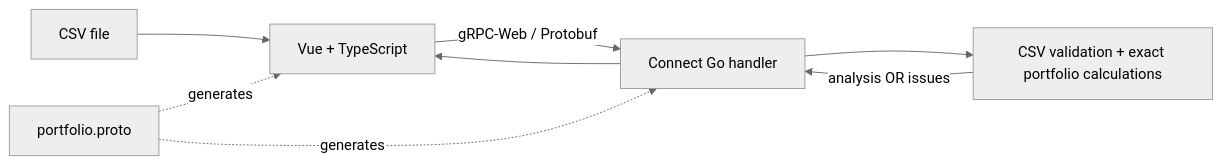
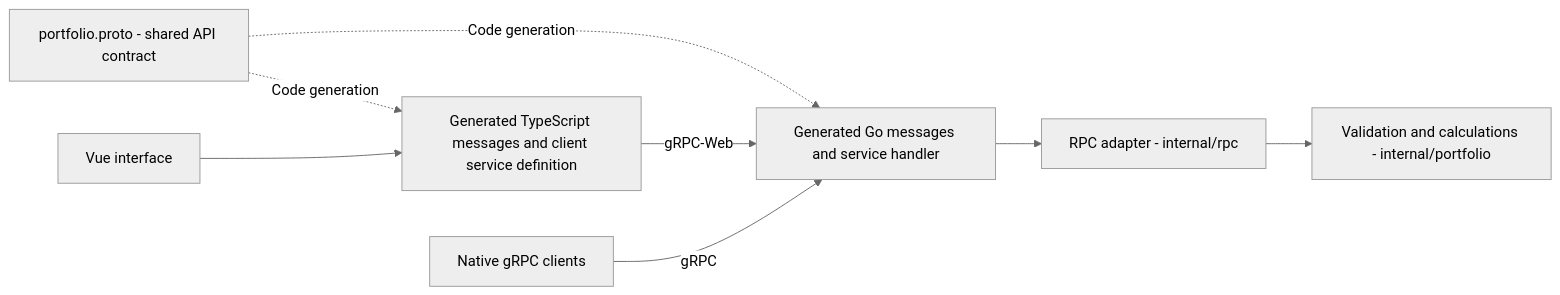
The second of 2 diagrams in README.md (JoshMalkinson/ledger-portfolio-checker), drawn with Mermaid (neutral theme) before and after one commit. The commit also changed other lines of this file and 1 other file, not shown here.

Commit message:
docs: explain system flow with Mermaid diagrams and repository setup

````diff
--- a/README.md
+++ b/README.md
@@ -55,10 +122,11 @@
 ```mermaid
 flowchart LR
-  CSV[CSV file] --> Vue[Vue + TypeScript]
-  Vue -->|gRPC-Web / Protobuf| RPC[Connect Go handler]
-  RPC --> Domain[CSV validation + exact portfolio calculations]
-  Domain -->|analysis OR issues| RPC
-  RPC --> Vue
-  Proto[portfolio.proto] -. generates .-> Vue
-  Proto -. generates .-> RPC
+  Schema["portfolio.proto - shared API contract"]
+  Schema -.->|Code generation| TS["Generated TypeScript messages and client service definition"]
+  Schema -.->|Code generation| Go["Generated Go messages and service handler"]
+  UI["Vue interface"] --> TS
+  TS -->|gRPC-Web| Go
+  Go --> Adapter["RPC adapter - internal/rpc"]
+  Adapter --> Domain["Validation and calculations - internal/portfolio"]
+  Native["Native gRPC clients"] -->|gRPC| Go
 ```
````
